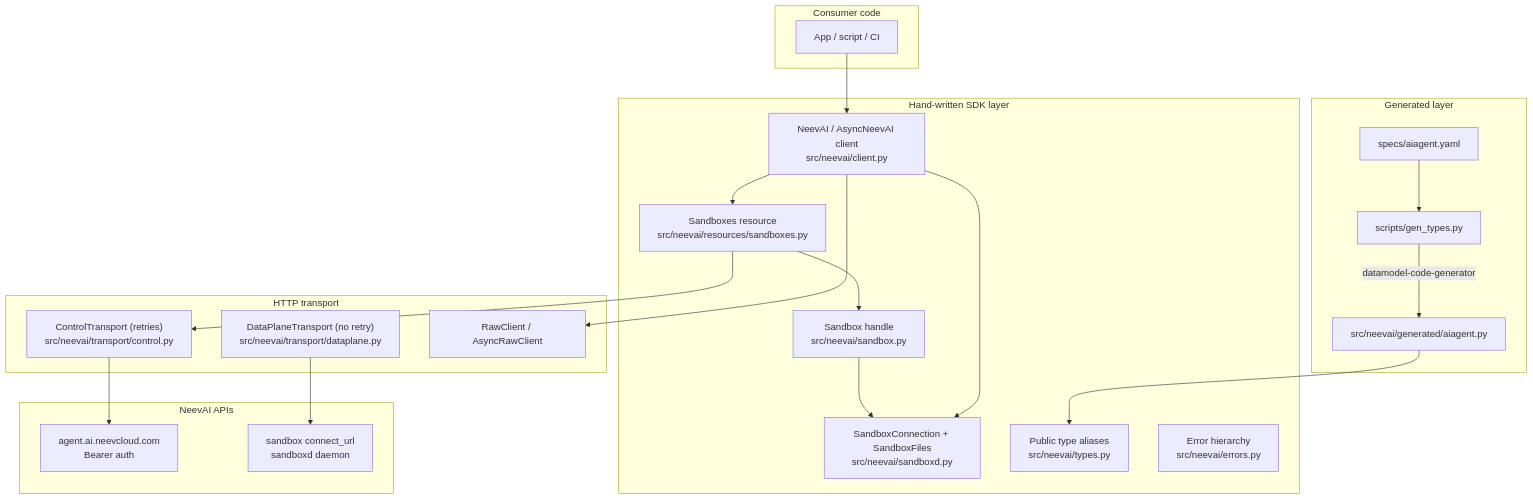
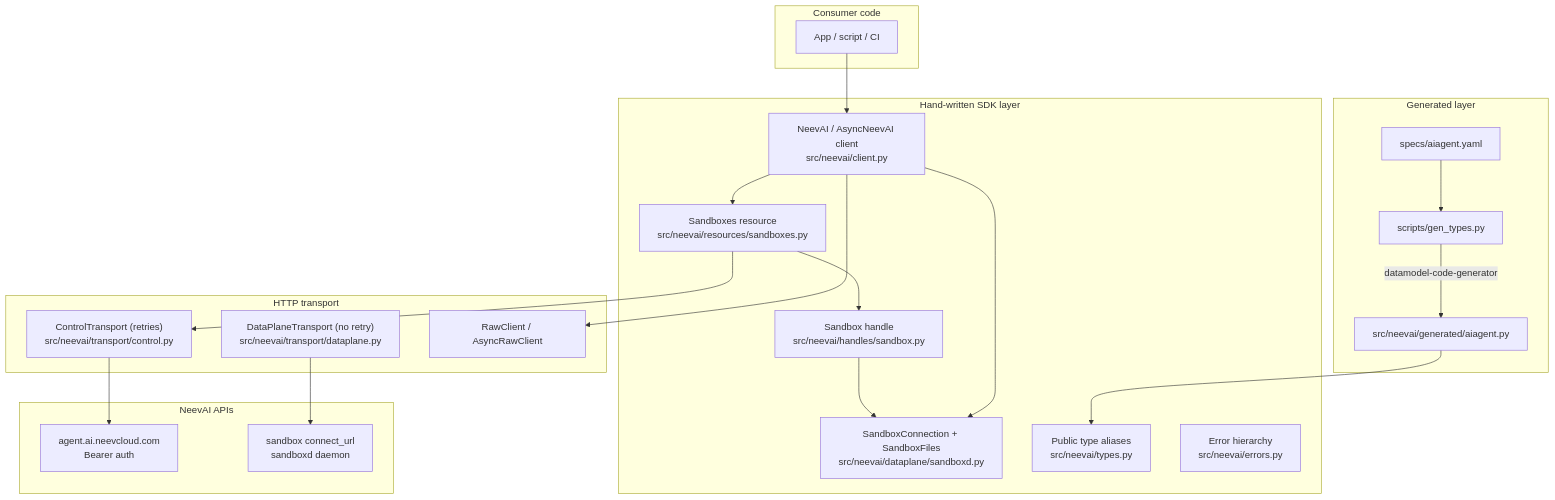
The diagram in docs/architecture.md (NeevCloudAI/neev-sdk-python), drawn with Mermaid before and after one commit. The commit also changed other lines of this file and 29 other files, not shown here.

First line of the commit message:
feat(sandbox): split handles/dataplane and default region on client

````diff
--- a/docs/architecture.md
+++ b/docs/architecture.md
@@ -13,46 +60,46 @@
 ```mermaid
 flowchart TB
   subgraph consumer [Consumer code]
     App["App / script / CI"]
   end
 
   subgraph sdk [Hand-written SDK layer]
     NeevAI["NeevAI / AsyncNeevAI client<br/>src/neevai/client.py"]
     Sandboxes["Sandboxes resource<br/>src/neevai/resources/sandboxes.py"]
-    SandboxHandle["Sandbox handle<br/>src/neevai/sandbox.py"]
-    Sandboxd["SandboxConnection + SandboxFiles<br/>src/neevai/sandboxd.py"]
+    SandboxHandle["Sandbox handle<br/>src/neevai/handles/sandbox.py"]
+    Sandboxd["SandboxConnection + SandboxFiles<br/>src/neevai/dataplane/sandboxd.py"]
     Types["Public type aliases<br/>src/neevai/types.py"]
     Errors["Error hierarchy<br/>src/neevai/errors.py"]
   end
 
   subgraph transport [HTTP transport]
     ControlTransport["ControlTransport (retries)<br/>src/neevai/transport/control.py"]
     DataplaneTransport["DataPlaneTransport (no retry)<br/>src/neevai/transport/dataplane.py"]
     RawClient["RawClient / AsyncRawClient"]
   end
 
   subgraph generated [Generated layer]
     Spec["specs/aiagent.yaml"]
     GenScript["scripts/gen_types.py"]
     GenTypes["src/neevai/generated/aiagent.py"]
   end
 
   subgraph apis [NeevAI APIs]
     ControlPlane["agent.ai.neevcloud.com<br/>Bearer auth"]
     DataPlane["sandbox connect_url<br/>sandboxd daemon"]
   end
 
   App --> NeevAI
   NeevAI --> Sandboxes
   Sandboxes --> SandboxHandle
   SandboxHandle --> Sandboxd
   Sandboxes --> ControlTransport
   NeevAI --> RawClient
   NeevAI --> Sandboxd
   ControlTransport --> ControlPlane
   DataplaneTransport --> DataPlane
 
   Spec --> GenScript
   GenScript -->|"datamodel-code-generator"| GenTypes
   GenTypes --> Types
 ```
````
